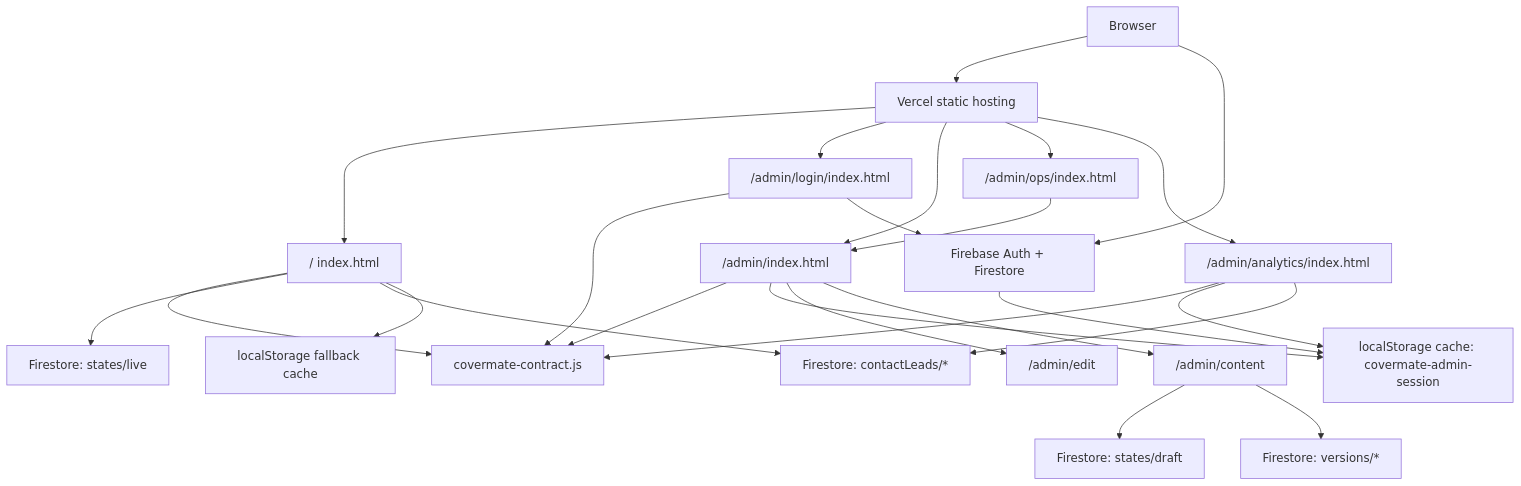
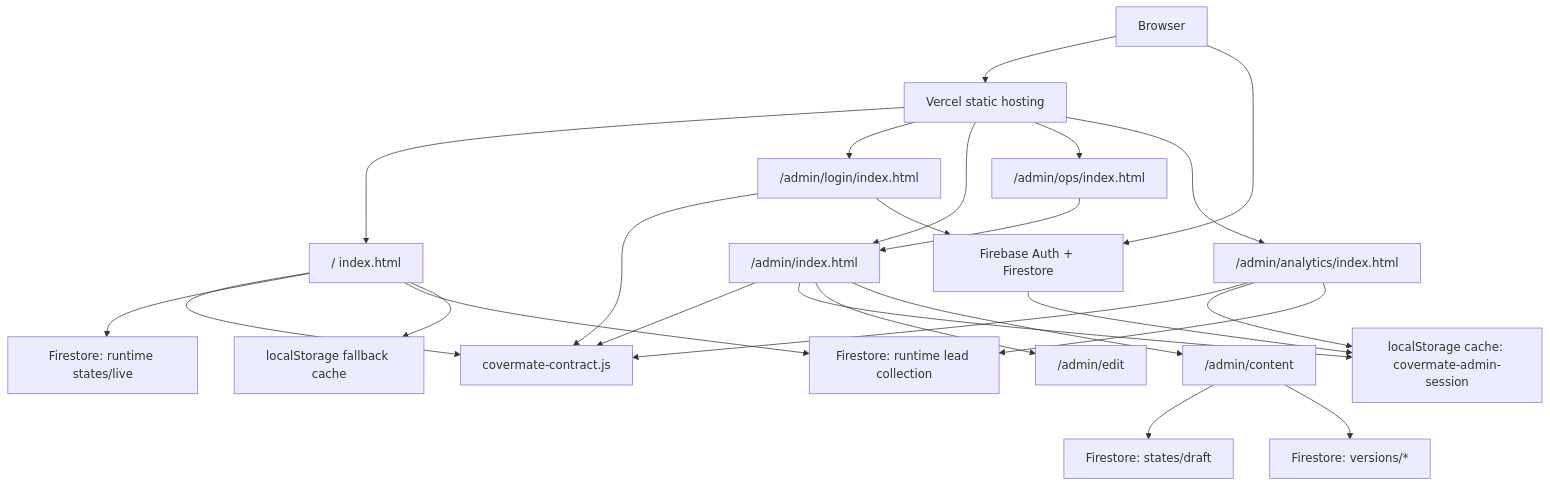
Before and after one commit to purichw/CoverMate: the diagram in docs/ARCHITECTURE.md, drawn with Mermaid. The commit also changed other lines of this file and 44 other files, not shown here.

````diff
--- a/docs/ARCHITECTURE.md
+++ b/docs/ARCHITECTURE.md
@@ -22,27 +22,27 @@
 ```mermaid
 flowchart TD
   Browser["Browser"] --> Vercel["Vercel static hosting"]
   Vercel --> Public["/ index.html"]
   Vercel --> Login["/admin/login/index.html"]
   Vercel --> Launcher["/admin/index.html"]
   Vercel --> OpsShim["/admin/ops/index.html"]
   Vercel --> Analytics["/admin/analytics/index.html"]
   OpsShim --> Launcher
   Browser --> Firebase["Firebase Auth + Firestore"]
   Public --> Contract["covermate-contract.js"]
   Login --> Contract
   Launcher --> Contract
   Analytics --> Contract
-  Public --> Live["Firestore: states/live"]
-  Public --> Leads["Firestore: contactLeads/*"]
+  Public --> Live["Firestore: runtime states/live"]
+  Public --> Leads["Firestore: runtime lead collection"]
   Public --> Store["localStorage fallback cache"]
   PublicAdmin --> Draft["Firestore: states/draft"]
   PublicAdmin --> Versions["Firestore: versions/*"]
   Login --> Firebase
   Firebase --> Session["localStorage cache: covermate-admin-session"]
   Launcher --> Session
   Analytics --> Session
   Analytics --> Leads
   Launcher --> PublicEdit["/admin/edit"]
   Launcher --> PublicAdmin["/admin/content"]
 ```
````
